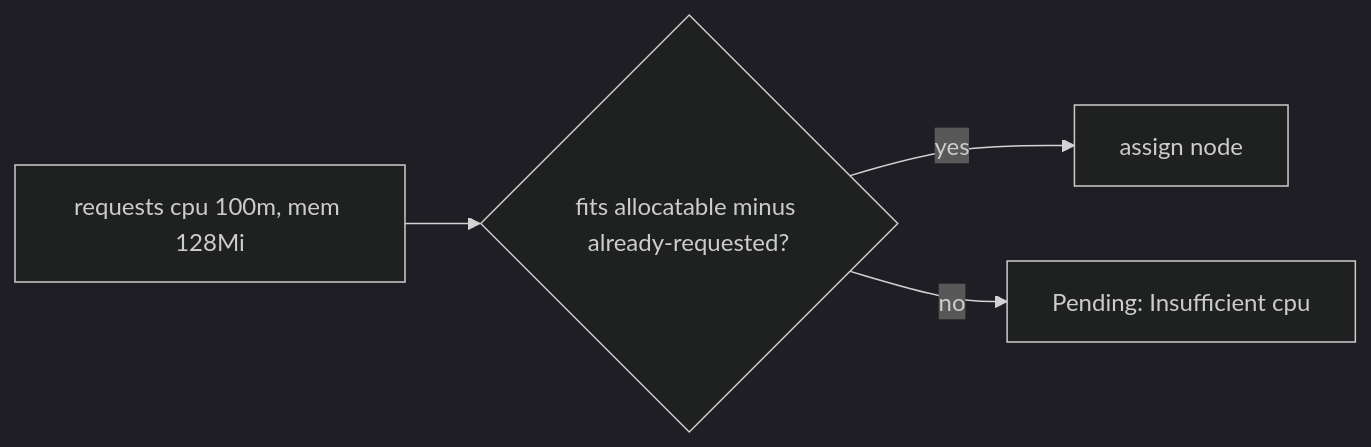
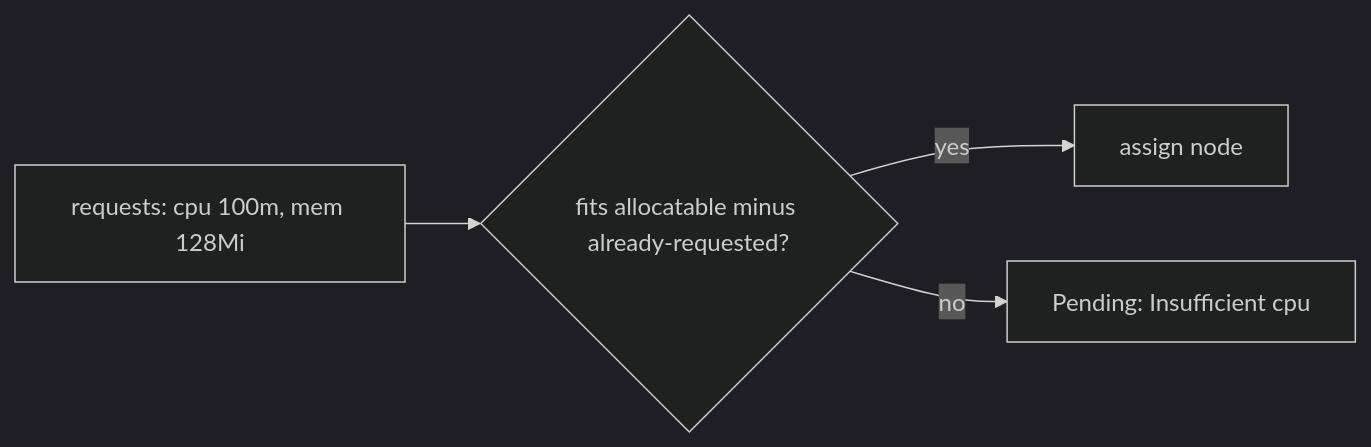
The first of 2 diagrams in docs/learn/reliability/requests-limits-and-pressure.md (darshan-raul/apollo11-docs), drawn with Mermaid (dark theme) before and after one commit. The commit also changed other lines of this file and 55 other files, not shown here.

````diff
--- a/docs/learn/reliability/requests-limits-and-pressure.md
+++ b/docs/learn/reliability/requests-limits-and-pressure.md
@@ -20,6 +32,6 @@
 ```mermaid
 flowchart LR
-  Pod["requests cpu 100m, mem 128Mi"] --> Sched{fits allocatable minus already-requested?}
+  Pod["requests: cpu 100m, mem 128Mi"] --> Sched{fits allocatable minus already-requested?}
   Sched -->|yes| Bind[assign node]
   Sched -->|no| Pending["Pending: Insufficient cpu"]
 ```
````
